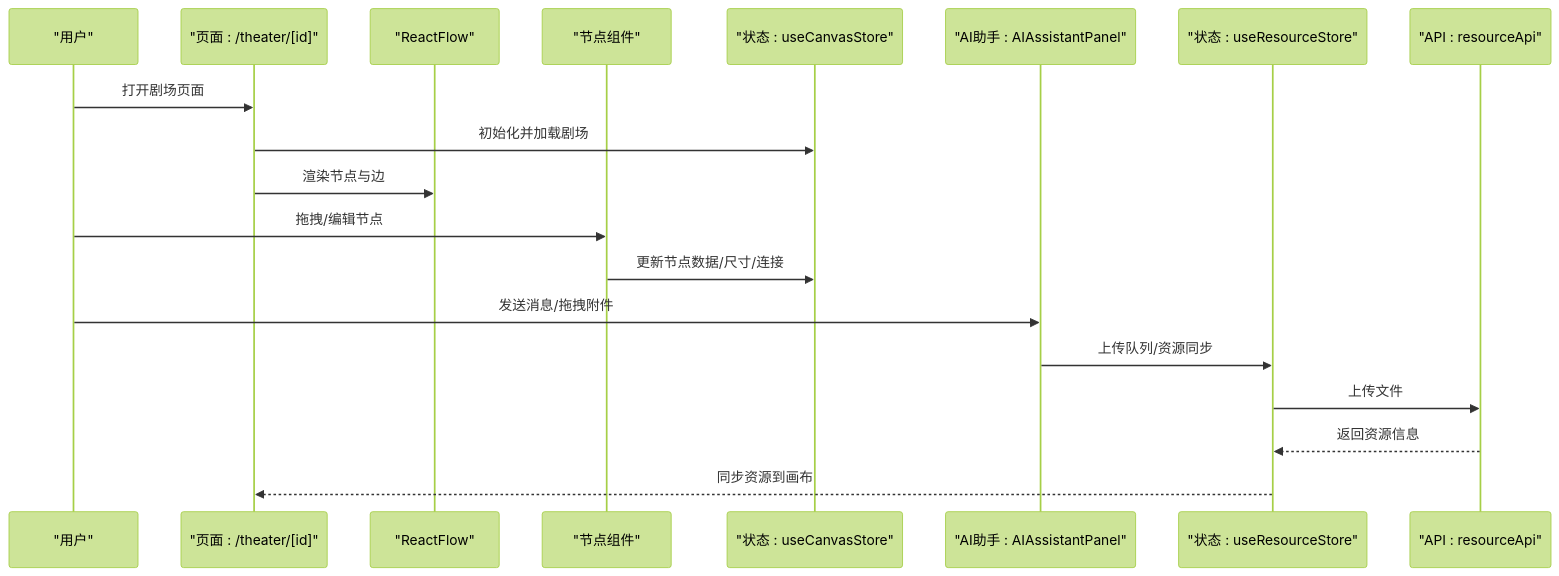
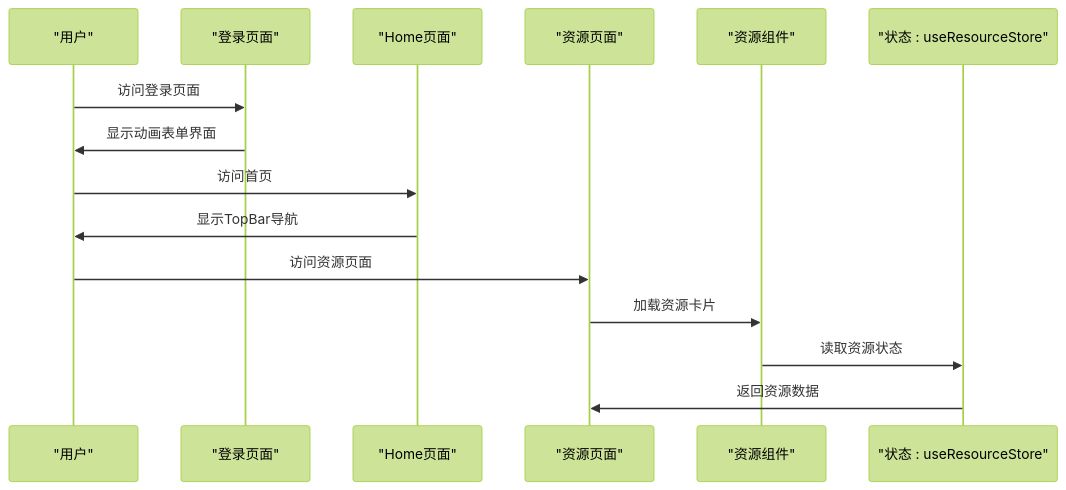
One commit to KunLabAI/KunFlix changed the second of 6 diagrams in .qoder/repowiki/zh/content/前端组件系统/前端组件系统.md. Above: the diagram before and after it, drawn with Mermaid (forest theme). The commit also changed other lines of this file and 5 other files, not shown here.

````diff
--- a/.qoder/repowiki/zh/content/前端组件系统/前端组件系统.md
+++ b/.qoder/repowiki/zh/content/前端组件系统/前端组件系统.md
@@ -113,21 +167,17 @@
 ```mermaid
 sequenceDiagram
 participant U as "用户"
-participant P as "页面 : /theater/[id]"
-participant R as "ReactFlow"
-participant N as "节点组件"
-participant S as "状态 : useCanvasStore"
-participant A as "AI助手 : AIAssistantPanel"
-participant RS as "状态 : useResourceStore"
-participant RA as "API : resourceApi"
-U->>P : 打开剧场页面
-P->>S : 初始化并加载剧场
-P->>R : 渲染节点与边
-U->>N : 拖拽/编辑节点
-N->>S : 更新节点数据/尺寸/连接
-U->>A : 发送消息/拖拽附件
-A->>RS : 上传队列/资源同步
-RS->>RA : 上传文件
-RA-->>RS : 返回资源信息
-RS-->>P : 同步资源到画布
+participant LP as "登录页面"
+participant HP as "Home页面"
+participant RP as "资源页面"
+participant RC as "资源组件"
+participant AS as "状态 : useResourceStore"
+U->>LP : 访问登录页面
+LP->>U : 显示动画表单界面
+U->>HP : 访问首页
+HP->>U : 显示TopBar导航
+U->>RP : 访问资源页面
+RP->>RC : 加载资源卡片
+RC->>AS : 读取资源状态
+AS->>RP : 返回资源数据
 ```
````
